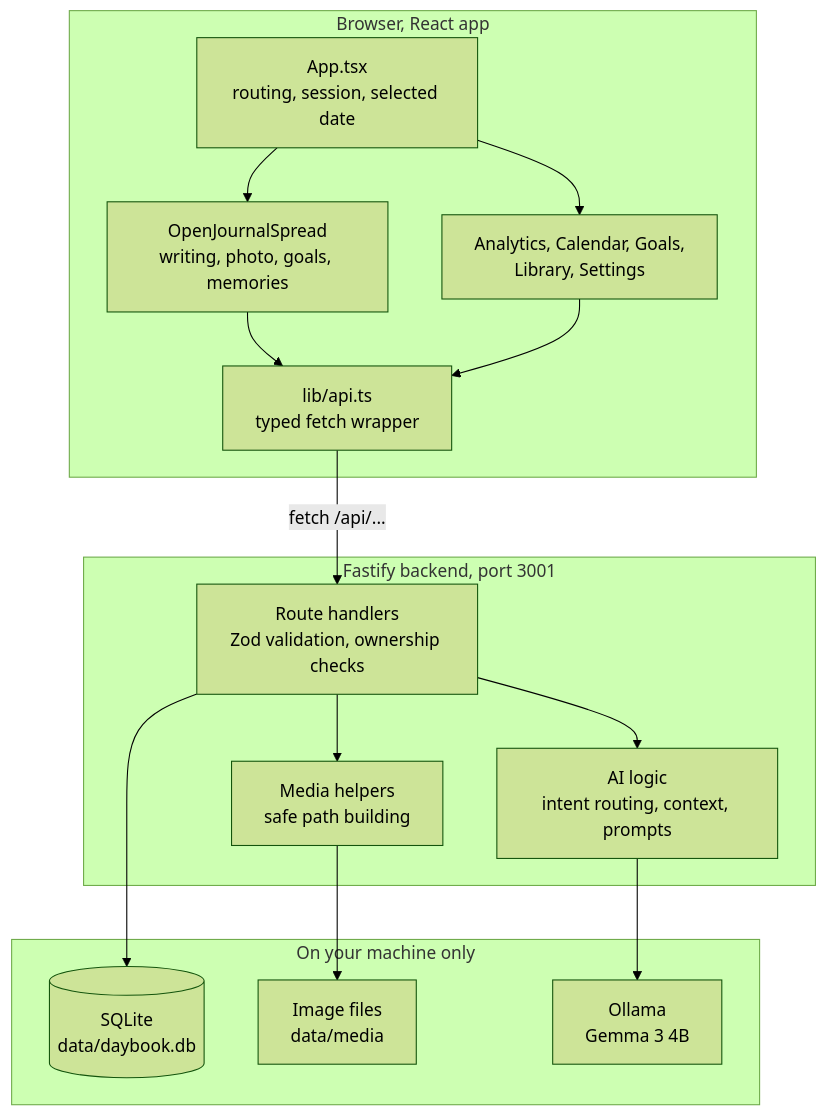
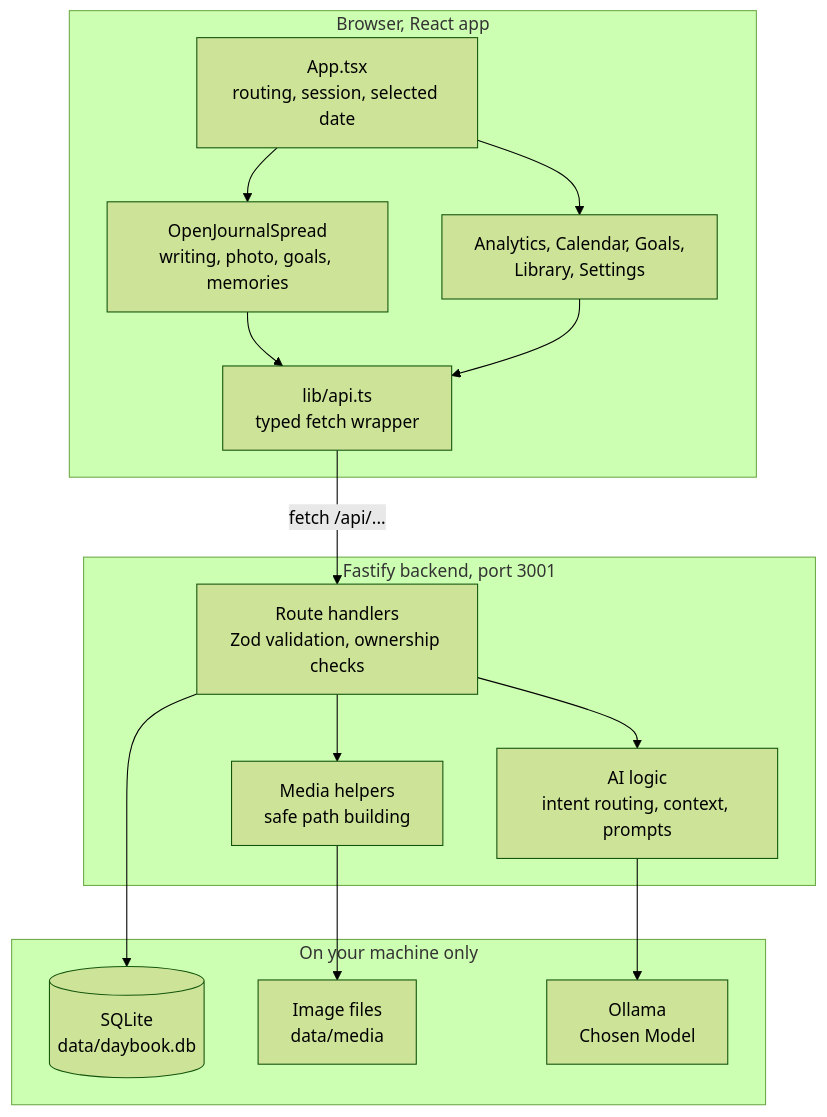
The second of 9 diagrams in README.md (greenbugx/Daybook), drawn with Mermaid (forest theme) before and after one commit. The commit also changed other lines of this file, not shown here.

Commit message:
docs: update AI model selection and installation instructions in README.md

````diff
--- a/README.md
+++ b/README.md
@@ -205,32 +205,32 @@
 ```mermaid
 flowchart TD
     subgraph Browser["Browser, React app"]
         APP["App.tsx<br/>routing, session, selected date"]
         SPREAD["OpenJournalSpread<br/>writing, photo, goals, memories"]
         SIDE["Analytics, Calendar, Goals,<br/>Library, Settings"]
         API["lib/api.ts<br/>typed fetch wrapper"]
         APP --> SPREAD
         APP --> SIDE
         SPREAD --> API
         SIDE --> API
     end
 
     subgraph Server["Fastify backend, port 3001"]
         ROUTES["Route handlers<br/>Zod validation, ownership checks"]
         MEDIAF["Media helpers<br/>safe path building"]
         AILOGIC["AI logic<br/>intent routing, context, prompts"]
         ROUTES --> MEDIAF
         ROUTES --> AILOGIC
     end
 
     subgraph Local["On your machine only"]
         DB[("SQLite<br/>data/daybook.db")]
         FILES["Image files<br/>data/media"]
-        MODEL["Ollama<br/>Gemma 3 4B"]
+        MODEL["Ollama<br/>Chosen Model"]
     end
 
     API -->|"fetch /api/..."| ROUTES
     ROUTES --> DB
     MEDIAF --> FILES
     AILOGIC --> MODEL
 ```
````
